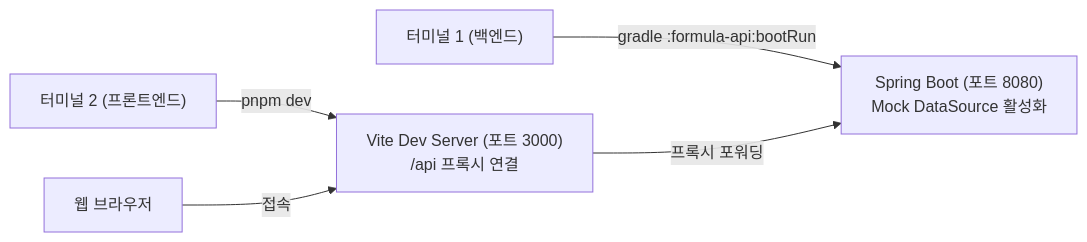
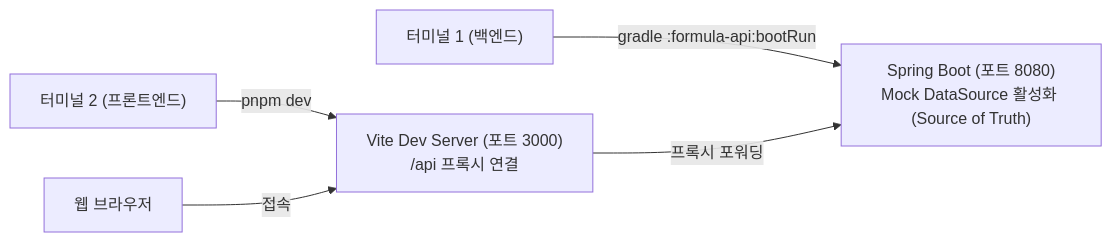
Before and after one commit to imoil/formula-evaluator-service: the fourth of 4 diagrams in docs/FRONTEND_UI_GUIDE.md, drawn with Mermaid. The commit also changed other lines of this file and 1 other file, not shown here.

Commit message:
docs: update architectural diagrams and guides to reflect backend single source of truth for sensors

````diff
--- a/docs/FRONTEND_UI_GUIDE.md
+++ b/docs/FRONTEND_UI_GUIDE.md
@@ -363,7 +315,7 @@
 ```mermaid
 flowchart LR
-    Term1["터미널 1 (백엔드)"] -->|gradle :formula-api:bootRun| SpringBoot["Spring Boot (포트 8080)<br/>Mock DataSource 활성화"]
+    Term1["터미널 1 (백엔드)"] -->|gradle :formula-api:bootRun| SpringBoot["Spring Boot (포트 8080)<br/>Mock DataSource 활성화 (Source of Truth)"]
     Term2["터미널 2 (프론트엔드)"] -->|pnpm dev| Vite["Vite Dev Server (포트 3000)<br/>/api 프록시 연결"]
     Browser["웹 브라우저"] -->|접속| Vite
     Vite -->|프록시 포워딩| SpringBoot
 ```
````
